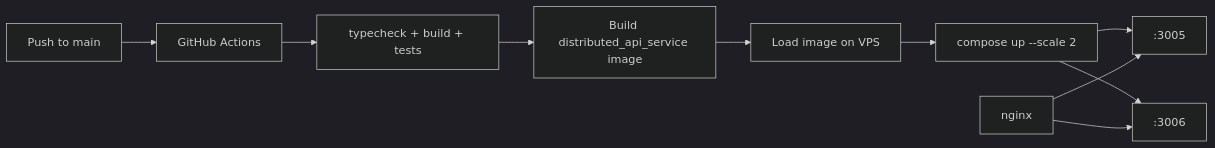
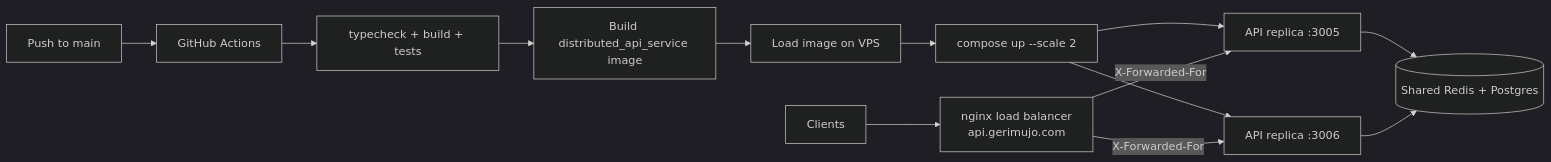
The fifth of 5 diagrams in README.md (gerimujo496/rate-limiter), drawn with Mermaid (dark theme) before and after one commit. The commit also changed other lines of this file, not shown here.

Commit message:
updated the vps deployemnt schema

````diff
--- a/README.md
+++ b/README.md
@@ -446,12 +448,16 @@
 ```mermaid
 flowchart LR
     Dev[Push to main] --> GHA[GitHub Actions]
     GHA --> Test[typecheck + build + tests]
     Test --> Image[Build distributed_api_service image]
     Image --> VPS[Load image on VPS]
     VPS --> Up[compose up --scale 2]
-    Up --> C1[:3005]
-    Up --> C2[:3006]
-    Nginx[nginx] --> C1
-    Nginx --> C2
+    Up --> C1[API replica :3005]
+    Up --> C2[API replica :3006]
+
+    Clients[Clients] --> LB[nginx load balancer<br/>api.gerimujo.com]
+    LB -->|X-Forwarded-For| C1
+    LB -->|X-Forwarded-For| C2
+    C1 --> Data[(Shared Redis + Postgres)]
+    C2 --> Data
 ```
````
